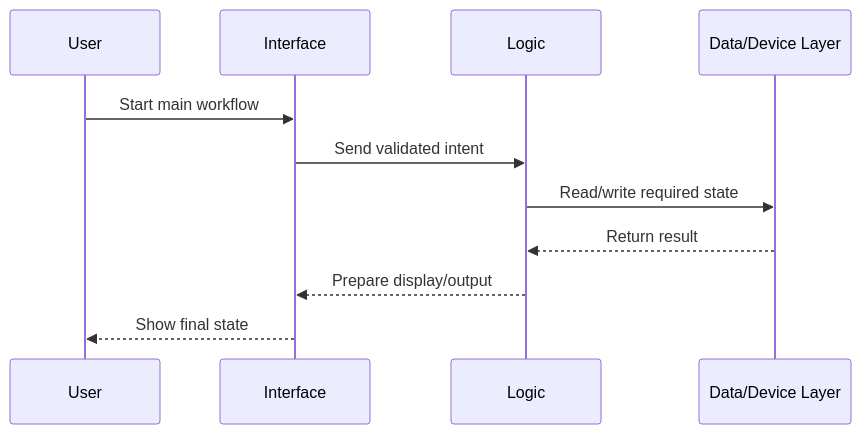
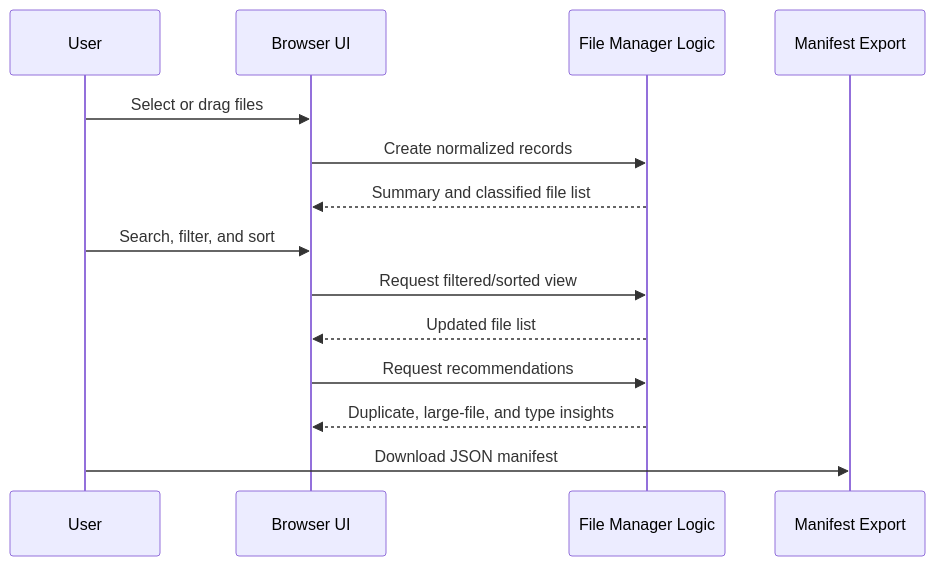
The second of 3 diagrams in docs/ARCHITECTURE.md (bhedanikhilkumar-code/FileManager), drawn with Mermaid before and after one commit. The commit also changed other lines of this file and 13 other files, not shown here.

````diff
--- a/docs/ARCHITECTURE.md
+++ b/docs/ARCHITECTURE.md
@@ -50,13 +32,16 @@
 ```mermaid
 sequenceDiagram
     participant U as User
-    participant I as Interface
-    participant L as Logic
-    participant D as Data/Device Layer
-    U->>I: Start main workflow
-    I->>L: Send validated intent
-    L->>D: Read/write required state
-    D-->>L: Return result
-    L-->>I: Prepare display/output
-    I-->>U: Show final state
+    participant UI as Browser UI
+    participant Core as File Manager Logic
+    participant Export as Manifest Export
+    U->>UI: Select or drag files
+    UI->>Core: Create normalized records
+    Core-->>UI: Summary and classified file list
+    U->>UI: Search, filter, and sort
+    UI->>Core: Request filtered/sorted view
+    Core-->>UI: Updated file list
+    UI->>Core: Request recommendations
+    Core-->>UI: Duplicate, large-file, and type insights
+    U->>Export: Download JSON manifest
 ```
````
